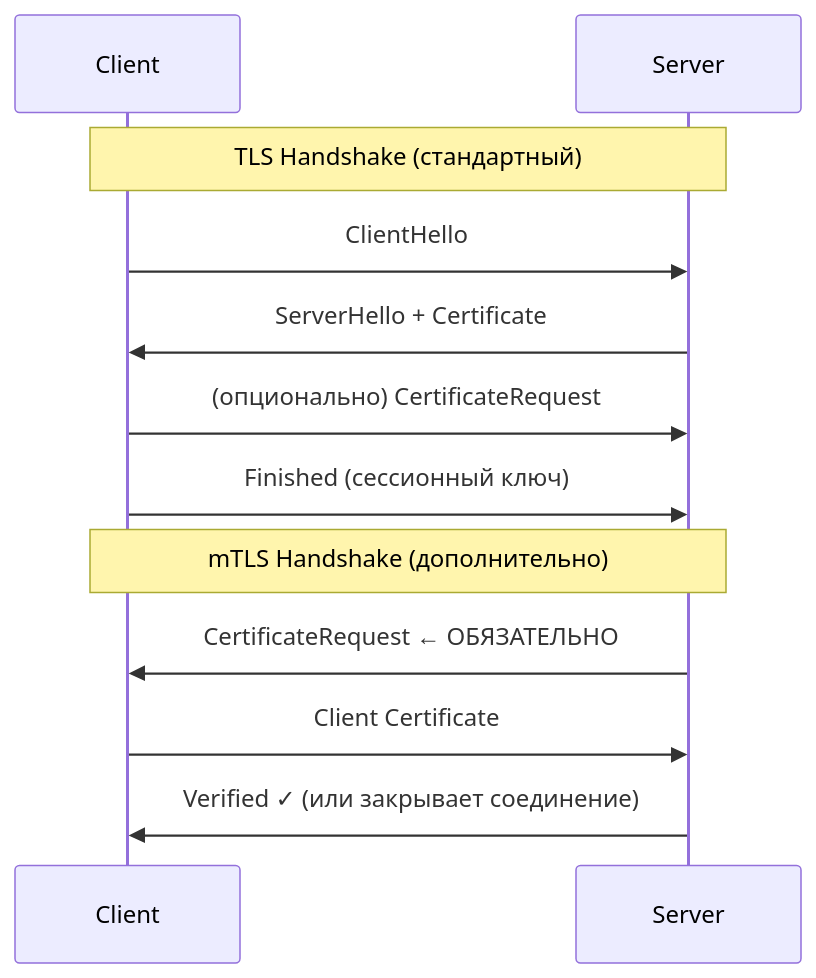
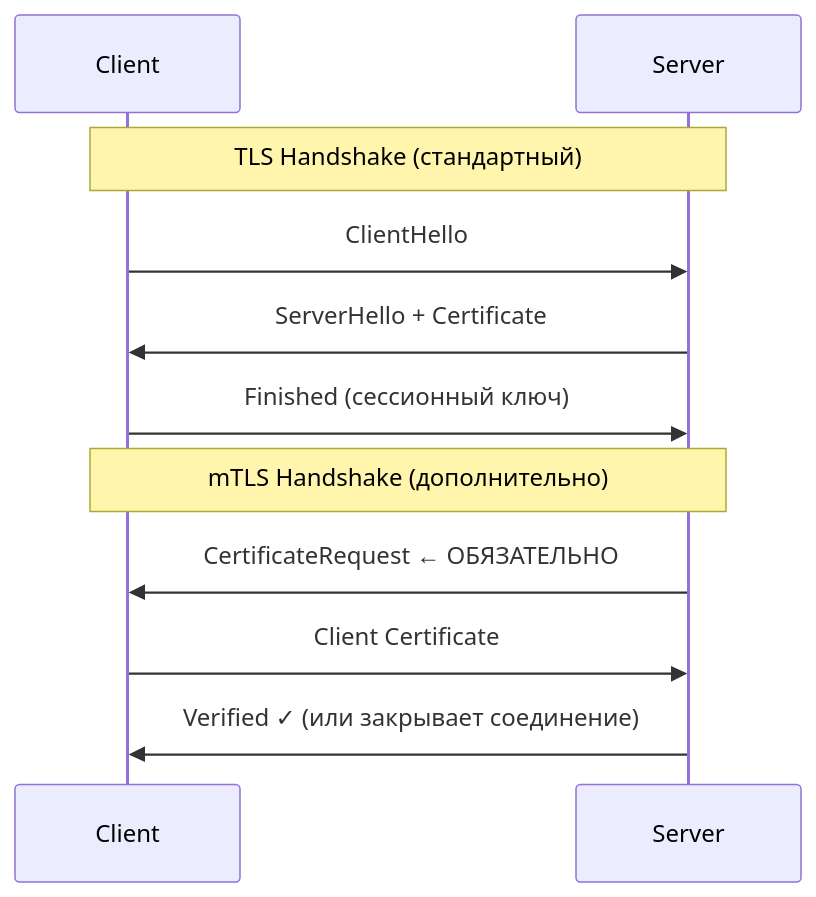
The fifth of 7 diagrams in cheatsheets/interview/architecture/networking-interview.md (akeverus/cheat-sheet), drawn with Mermaid before and after one commit. The commit also changed other lines of this file and 3 other files, not shown here.

````diff
--- a/cheatsheets/interview/architecture/networking-interview.md
+++ b/cheatsheets/interview/architecture/networking-interview.md
@@ -988,16 +987,15 @@
 ```mermaid
 sequenceDiagram
     participant Client
     participant Server
 
     Note over Client,Server: TLS Handshake (стандартный)
     Client->>Server: ClientHello
     Server->>Client: ServerHello + Certificate
-    Client->>Server: (опционально) CertificateRequest
     Client->>Server: Finished (сессионный ключ)
 
     Note over Client,Server: mTLS Handshake (дополнительно)
     Server->>Client: CertificateRequest ← ОБЯЗАТЕЛЬНО
     Client->>Server: Client Certificate
     Server->>Client: Verified ✓ (или закрывает соединение)
 ```
````
